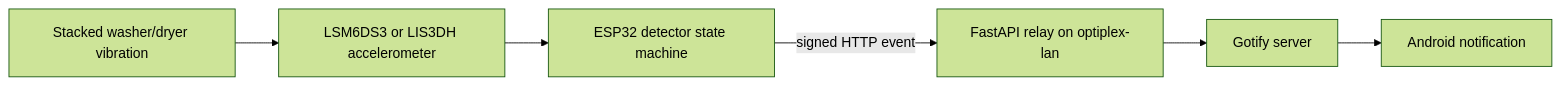
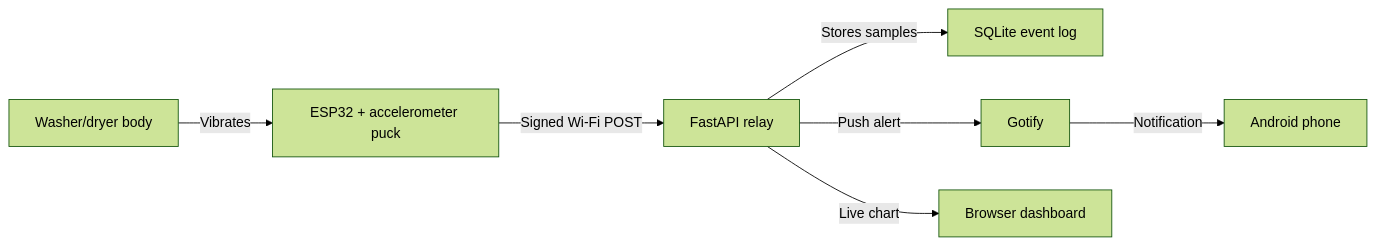
One commit to boscacci/laundry-done changed the diagram in README.md. Above: the diagram before and after it, drawn with Mermaid (forest theme). The commit also changed other lines of this file and 23 other files, not shown here.

````diff
--- a/README.md
+++ b/README.md
@@ -23,8 +19,9 @@
 ```mermaid
 flowchart LR
-  A["Stacked washer/dryer vibration"] --> B["LSM6DS3 or LIS3DH accelerometer"]
-  B --> C["ESP32 detector state machine"]
-  C -->|"signed HTTP event"| D["FastAPI relay on optiplex-lan"]
-  D --> E["Gotify server"]
-  E --> F["Android notification"]
+  washer["Washer/dryer body"] -->|"Vibrates"| sensor["ESP32 + accelerometer puck"]
+  sensor -->|"Signed Wi-Fi POST"| relay["FastAPI relay"]
+  relay -->|"Stores samples"| database["SQLite event log"]
+  relay -->|"Push alert"| gotify["Gotify"]
+  gotify -->|"Notification"| phone["Android phone"]
+  relay -->|"Live chart"| dashboard["Browser dashboard"]
 ```
````
